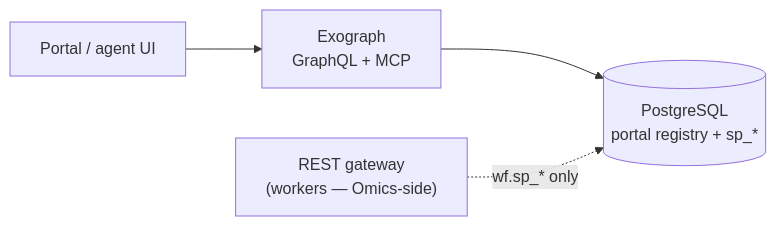
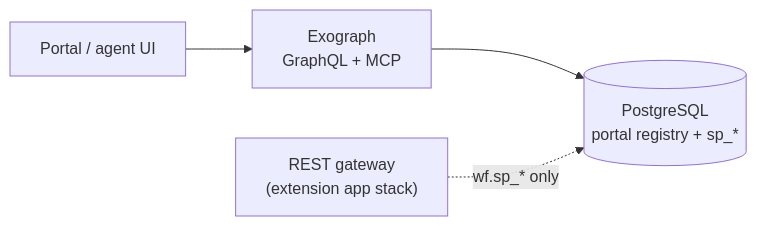
Before and after one commit to Goliath-Research/GoliathApp: the diagram in deploy/README.md, drawn with Mermaid. The commit also changed other lines of this file and 17 other files, not shown here.

````diff
--- a/deploy/README.md
+++ b/deploy/README.md
@@ -12,11 +12,11 @@
 ```mermaid
 flowchart LR
   UI["Portal / agent UI"]
   EXO["Exograph\nGraphQL + MCP"]
   PG[("PostgreSQL\nportal registry + sp_*")]
-  GW["REST gateway\n(workers — Omics-side)"]
+  GW["REST gateway\n(extension app stack)"]
 
   UI --> EXO
   EXO --> PG
   GW -.->|"wf.sp_* only"| PG
 ```
````
